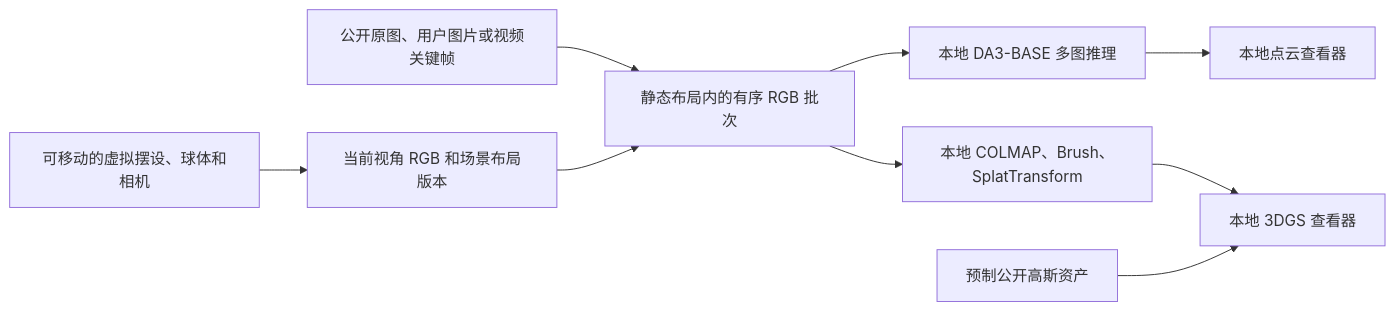
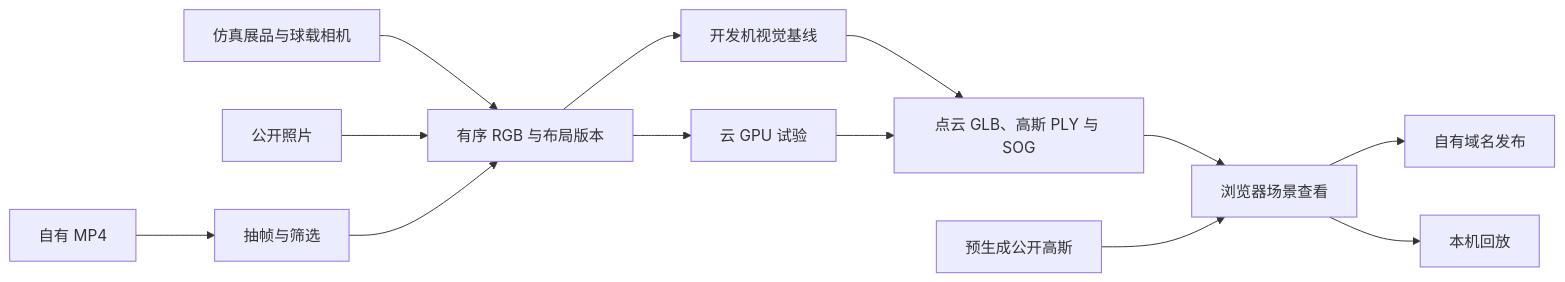
The diagram in docs/design/platform-architecture.md (Azure-d-source/spherical-robot-spatial-vision), drawn with Mermaid before and after one commit. The commit also changed other lines of this file and 12 other files, not shown here.

Commit message:
feat: launch OrbitForge edge-cloud scanning roadmap

````diff
--- a/docs/design/platform-architecture.md
+++ b/docs/design/platform-architecture.md
@@ -9,11 +9,14 @@
-```mermaid
+~~~mermaid
 flowchart LR
-    S["可移动的虚拟摆设、球体和相机"] --> R["当前视角 RGB 和场景布局版本"]
-    P["公开原图、用户图片或视频关键帧"] --> B["静态布局内的有序 RGB 批次"]
-    R --> B
-    B --> D["本地 DA3-BASE 多图推理"]
-    B --> G["本地 COLMAP、Brush、SplatTransform"]
-    D --> V["本地点云查看器"]
-    G --> W["本地 3DGS 查看器"]
-    A["预制公开高斯资产"] --> W
-```
+    S["仿真展品与球载相机"] --> B["有序 RGB 与布局版本"]
+    P["公开照片"] --> B
+    M["自有 MP4"] --> F["抽帧与筛选"] --> B
+    B --> L["开发机视觉基线"]
+    B --> C["云 GPU 试验"]
+    L --> O["点云 GLB、高斯 PLY 与 SOG"]
+    C --> O
+    O --> W["浏览器场景查看"]
+    A["预生成公开高斯"] --> W
+    W --> D["自有域名发布"]
+    W --> Z["本机回放"]
+~~~
````
